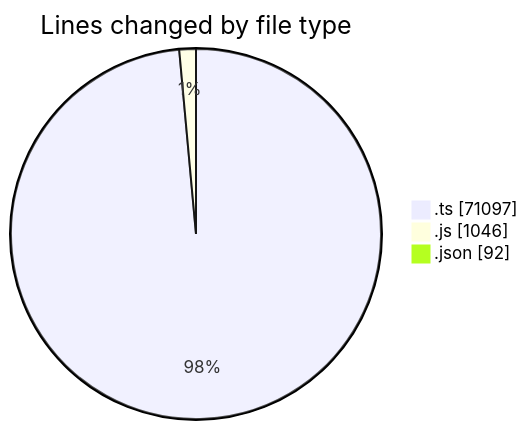
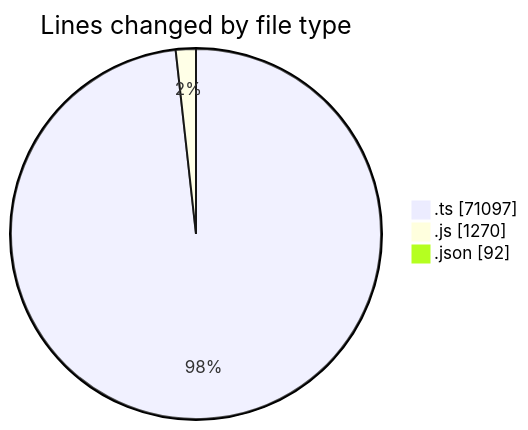
Before and after one commit to momahboobian/code-tracking: the first of 2 diagrams in 2025-09-29/cda/README.md, drawn with Mermaid. The commit also changed other lines of this file and 1 other file, not shown here.

````diff
--- a/2025-09-29/cda/README.md
+++ b/2025-09-29/cda/README.md
@@ -30,7 +31,7 @@
 ```mermaid
 pie showData
 title Lines changed by file type
 ".ts" : 71097
-".js" : 1046
+".js" : 1270
 ".json" : 92
 ```
````
